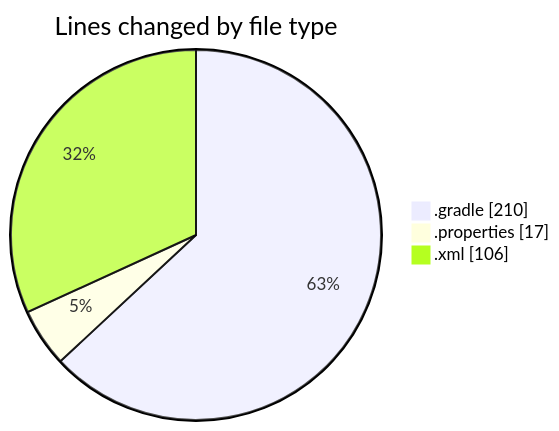
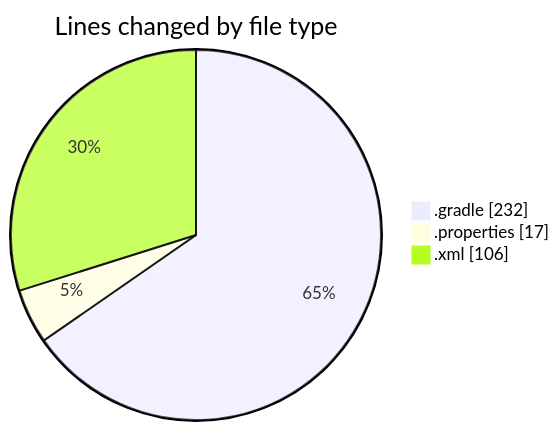
One commit to donsfak/code-tracking changed the first of 2 diagrams in 2025-02-01/maps_clone/README.md. Above: the diagram before and after it, drawn with Mermaid. The commit also changed other lines of this file and 1 other file, not shown here.

````diff
--- a/2025-02-01/maps_clone/README.md
+++ b/2025-02-01/maps_clone/README.md
@@ -25,7 +25,7 @@
 ```mermaid
 pie showData
 title Lines changed by file type
-".gradle" : 210
+".gradle" : 232
 ".properties" : 17
 ".xml" : 106
 ```
````
